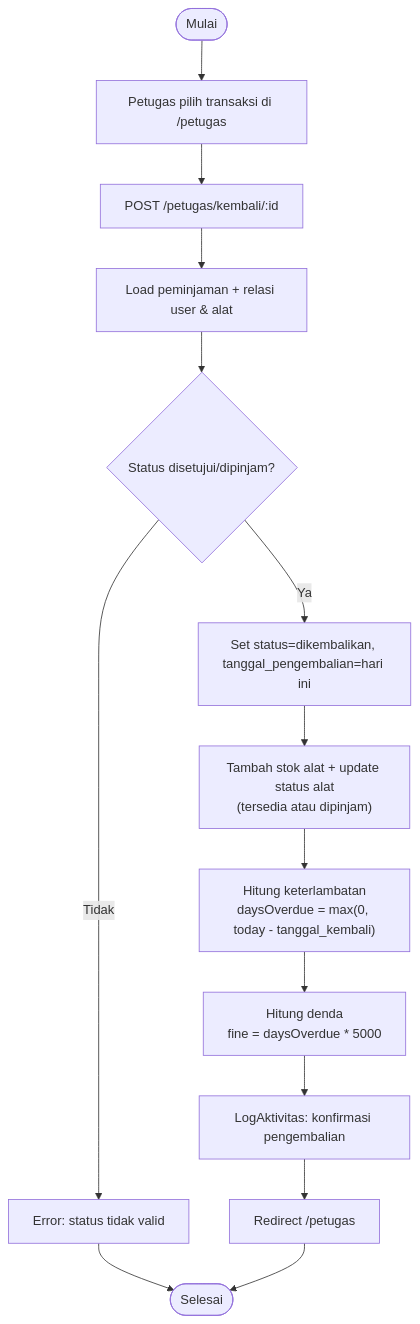
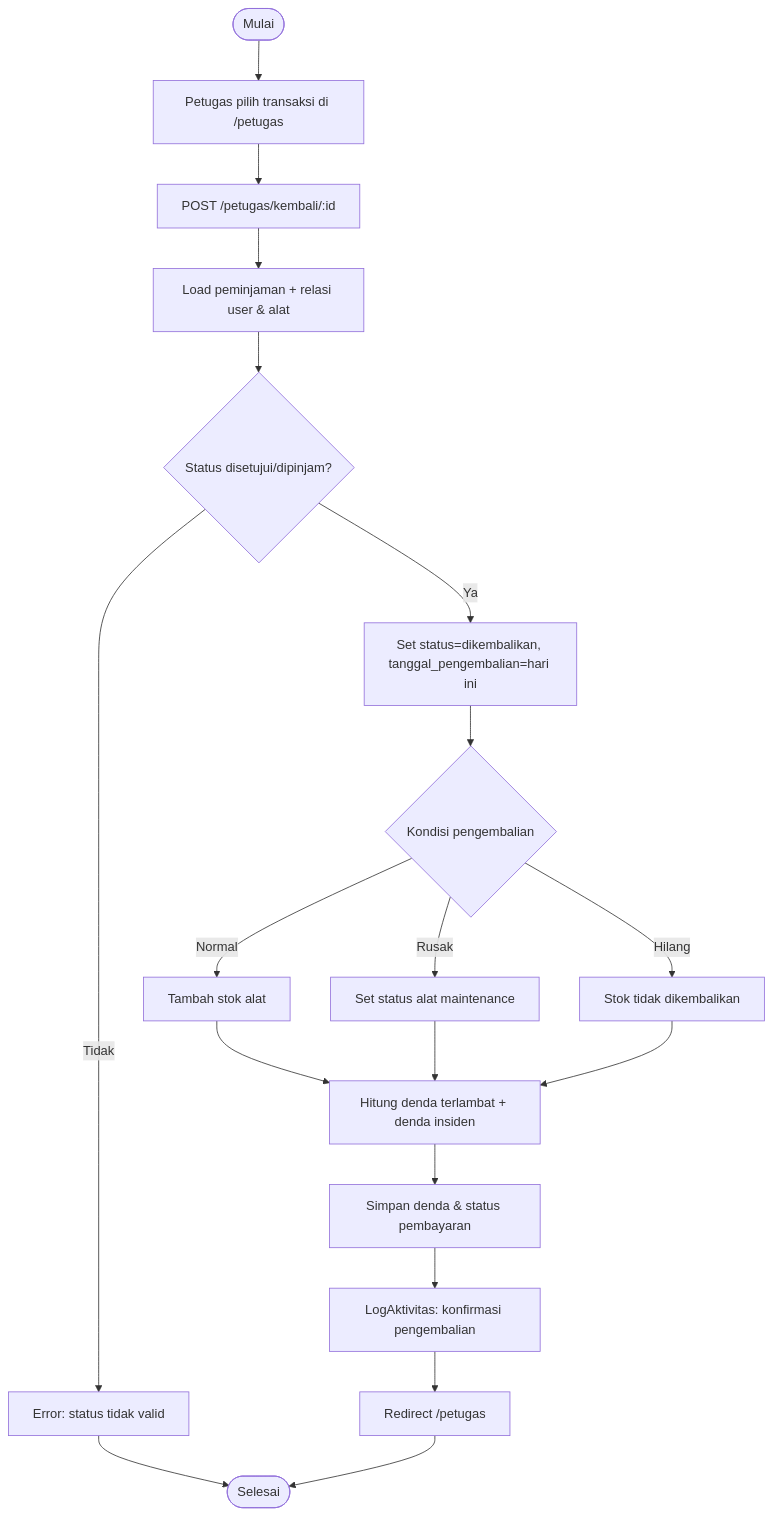
One commit to farsy06/ukk changed the fifth of 5 diagrams in docs/UKK_Dokumentasi.md. Above: the diagram before and after it, drawn with Mermaid. The commit also changed other lines of this file and 48 other files, not shown here.

````diff
--- a/docs/UKK_Dokumentasi.md
+++ b/docs/UKK_Dokumentasi.md
@@ -481,15 +496,20 @@
 ```mermaid
 flowchart TD
   R0([Mulai]) --> R1[Petugas pilih transaksi di /petugas]
   R1 --> R2[POST /petugas/kembali/:id]
   R2 --> R3[Load peminjaman + relasi user & alat]
   R3 --> R4{Status disetujui/dipinjam?}
   R4 -- Tidak --> Rerr[Error: status tidak valid] --> Rend([Selesai])
   R4 -- Ya --> R5[Set status=dikembalikan, tanggal_pengembalian=hari ini]
-  R5 --> R6["Tambah stok alat + update status alat<br/>(tersedia atau dipinjam)"]
-  R6 --> R7["Hitung keterlambatan<br/>daysOverdue = max(0, today - tanggal_kembali)"]
-  R7 --> R8["Hitung denda<br/>fine = daysOverdue * 5000"]
-  R8 --> R9[LogAktivitas: konfirmasi pengembalian]
-  R9 --> R10[Redirect /petugas]
-  R10 --> Rend
+  R5 --> R6{Kondisi pengembalian}
+  R6 -- Normal --> R7[Tambah stok alat]
+  R6 -- Rusak --> R8[Set status alat maintenance]
+  R6 -- Hilang --> R9[Stok tidak dikembalikan]
+  R7 --> R10[Hitung denda terlambat + denda insiden]
+  R8 --> R10
+  R9 --> R10
+  R10 --> R11[Simpan denda & status pembayaran]
+  R11 --> R12[LogAktivitas: konfirmasi pengembalian]
+  R12 --> R13[Redirect /petugas]
+  R13 --> Rend
 ```
````
